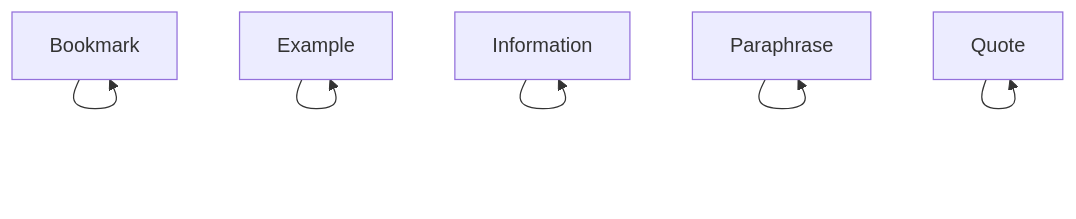
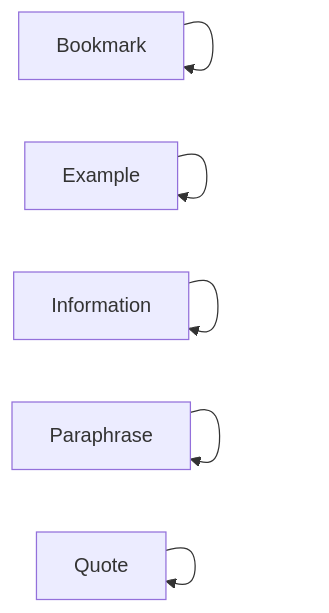
The fourth of 4 diagrams in docs/Getting Started/Statuses/Example Statuses.md (obsidian-tasks-group/obsidian-tasks), drawn with Mermaid before and after one commit. The commit also changed other lines of this file and 16 other files, not shown here.

First line of the commit message:
docs: Mermaid status diagrams now machine-generated (#2351)

````diff
--- a/docs/Getting Started/Statuses/Example Statuses.md
+++ b/docs/Getting Started/Statuses/Example Statuses.md
@@ -85,8 +105,13 @@
 ```mermaid
-flowchart TD
-1[Bookmark] --> 1
-2[Example] --> 2
-3[Information] --> 3
-4[Paraphrase] --> 4
-5[Quote] --> 5
+flowchart LR
+1[Bookmark]
+2[Example]
+3[Information]
+4[Paraphrase]
+5[Quote]
+1 --> 1
+2 --> 2
+3 --> 3
+4 --> 4
+5 --> 5
 ```
````
